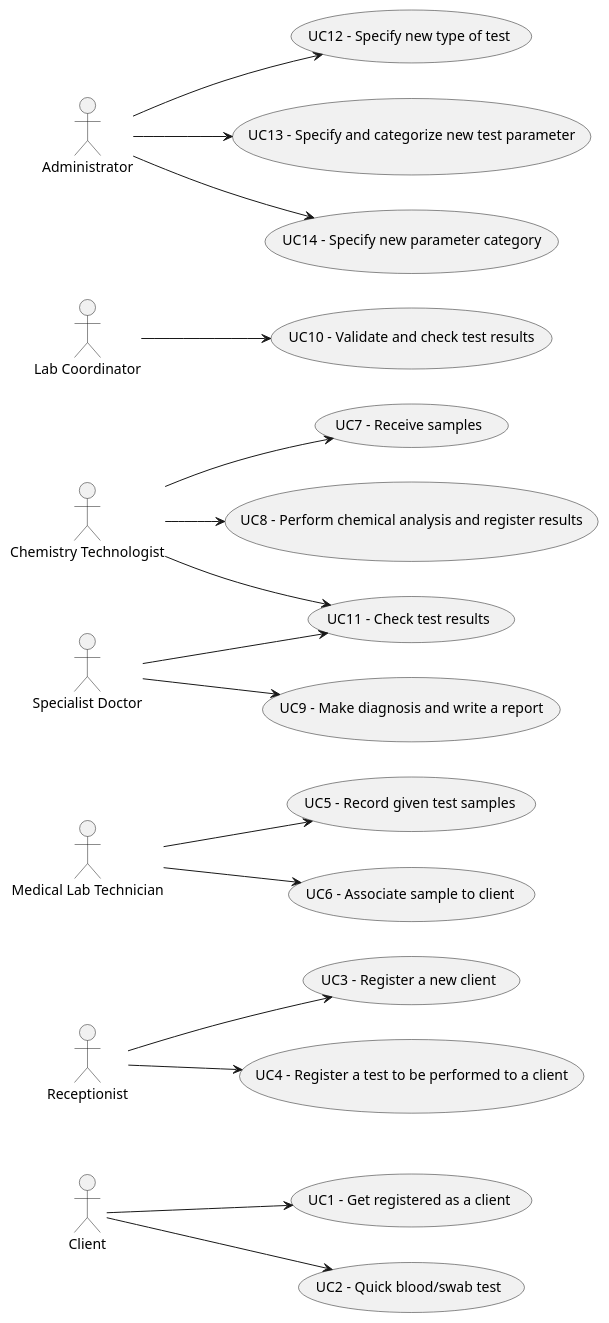
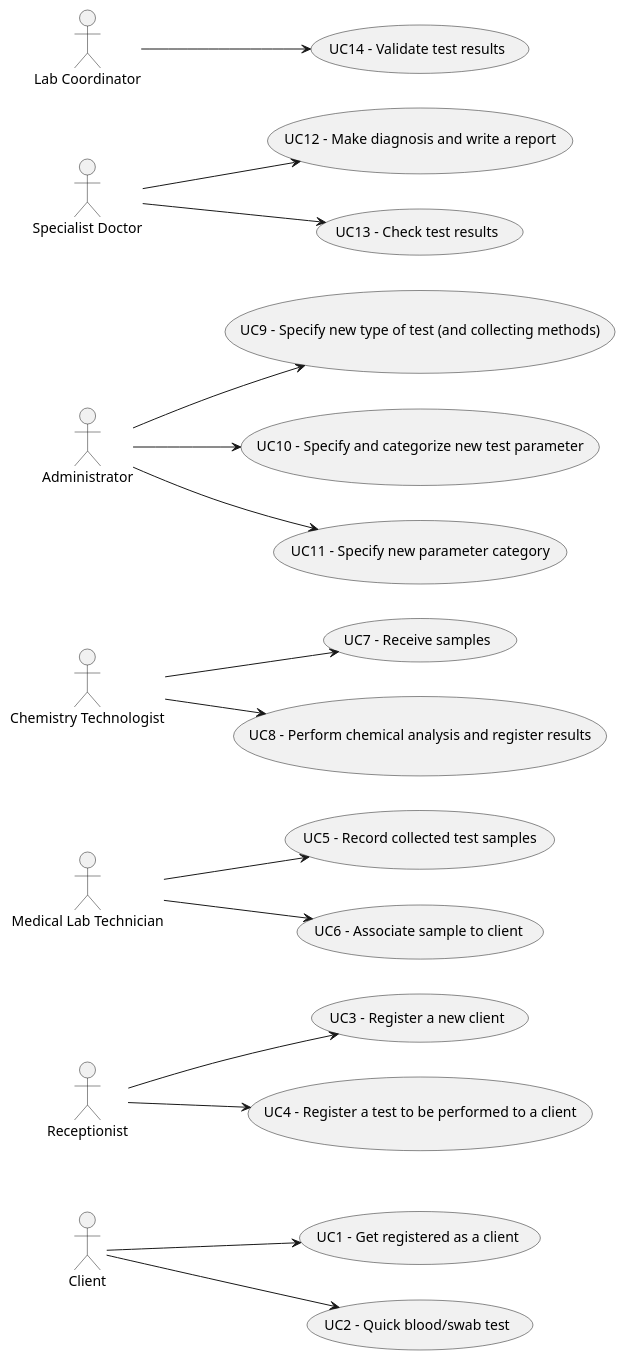
The diagram in docs/SprintA/UCD.puml (0franciscor/lei-21-s2-1de-g19), drawn with PlantUML before and after one commit. The commit also changed 1 other file, not shown here.

```diff
--- a/docs/SprintA/UCD.puml
+++ b/docs/SprintA/UCD.puml
@@ -1,50 +1,53 @@
 @startuml
 
 usecase UC1 as "UC1 - Get registered as a client"
 usecase UC2 as "UC2 - Quick blood/swab test"
 usecase UC3 as "UC3 - Register a new client"
 usecase UC4 as "UC4 - Register a test to be performed to a client"
-usecase UC5 as "UC5 - Record given test samples"
+usecase UC5 as "UC5 - Record collected test samples"
 usecase UC6 as "UC6 - Associate sample to client"
 usecase UC7 as "UC7 - Receive samples"
 usecase UC8 as "UC8 - Perform chemical analysis and register results"
-usecase UC9 as "UC9 - Make diagnosis and write a report"
-usecase UC10 as "UC10 - Validate and check test results"
-usecase UC11 as "UC11 - Check test results"
-usecase UC12 as "UC12 - Specify new type of test"
-usecase UC13 as "UC13 - Specify and categorize new test parameter"
-usecase UC14 as "UC14 - Specify new parameter category"
+usecase UC9 as "UC9 - Specify new type of test (and collecting methods)"
+usecase UC10 as "UC10 - Specify and categorize new test parameter"
+usecase UC11 as "UC11 - Specify new parameter category"
+usecase UC12 as "UC12 - Make diagnosis and write a report"
+usecase UC13 as "UC13 - Check test results"
+usecase UC14 as "UC14 - Validate test results"
+
 
 actor "Client" as C
 actor "Receptionist" as RCP
 actor "Medical Lab Technician" as MLT
 actor "Chemistry Technologist" as CT
 actor "Specialist Doctor" as SD
 actor "Lab Coordinator" as LC
 actor "Administrator" as ADM
 
 
 left to right direction
+
 C -->(UC1)
 C -->(UC2)
 
 RCP -->(UC3)
 RCP -->(UC4)
 
 MLT -->(UC5)
 MLT -->(UC6)
 
 CT -->(UC7)
 CT -->(UC8)
-CT -->(UC11)
 
-SD -->(UC9)
-SD -->(UC11)
+ADM -->(UC9)
+ADM -->(UC10)
+ADM -->(UC11)
 
-LC--> (UC10)
+SD -->(UC12)
+SD -->(UC13)
 
-ADM -->(UC12)
-ADM -->(UC13)
-ADM -->(UC14)
+LC--> (UC14)
+
+
 
 @enduml
```
